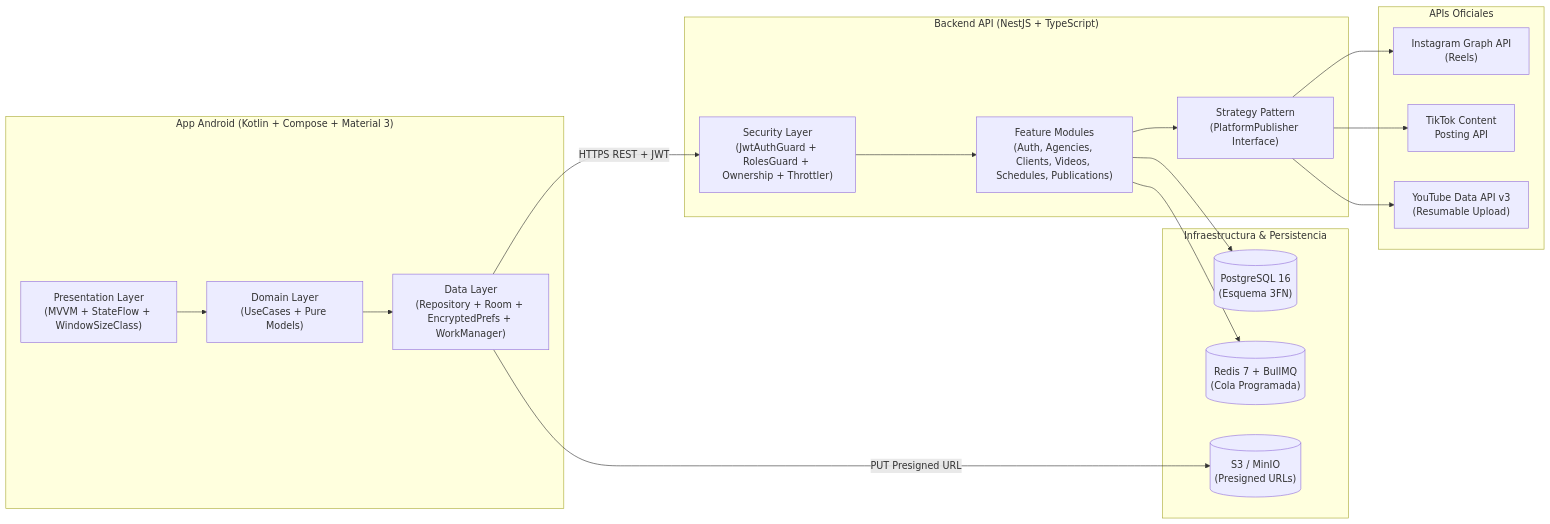
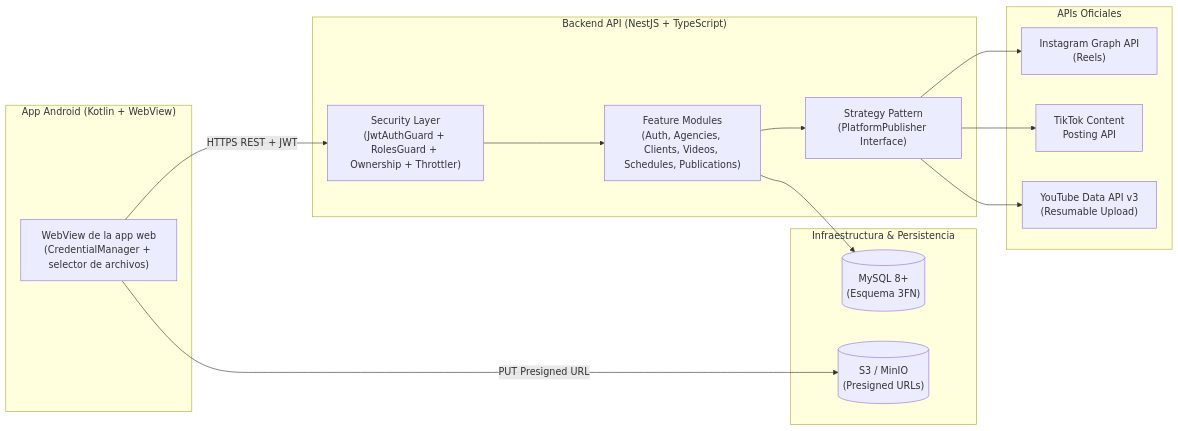
Before and after one commit to Segura-Luca/contentsync-server: the diagram in docs/architecture.md, drawn with Mermaid. The commit also changed other lines of this file and 114 other files, not shown here.

First line of the commit message:
feat: audit hardening, MySQL-only setup, S3 video storage and WebView APK

````diff
--- a/docs/architecture.md
+++ b/docs/architecture.md
@@ -7,36 +7,31 @@
 ```mermaid
 flowchart LR
-    subgraph Android["App Android (Kotlin + Compose + Material 3)"]
-        UI["Presentation Layer\n(MVVM + StateFlow + WindowSizeClass)"]
-        DOM["Domain Layer\n(UseCases + Pure Models)"]
-        DATA["Data Layer\n(Repository + Room + EncryptedPrefs + WorkManager)"]
-        UI --> DOM --> DATA
+    subgraph Android["App Android (Kotlin + WebView)"]
+        WV["WebView de la app web\n(CredentialManager + selector de archivos)"]
     end
 
     subgraph Backend["Backend API (NestJS + TypeScript)"]
         GUARD["Security Layer\n(JwtAuthGuard + RolesGuard + Ownership + Throttler)"]
         MOD["Feature Modules\n(Auth, Agencies, Clients, Videos, Schedules, Publications)"]
         STRAT["Strategy Pattern\n(PlatformPublisher Interface)"]
         GUARD --> MOD --> STRAT
     end
 
     subgraph Infra["Infraestructura & Persistencia"]
-        PG[("PostgreSQL 16\n(Esquema 3FN)")]
-        REDIS[("Redis 7 + BullMQ\n(Cola Programada)")]
+        PG[("MySQL 8+\n(Esquema 3FN)")]
         S3[("S3 / MinIO\n(Presigned URLs)")]
     end
 
     subgraph External["APIs Oficiales"]
         IG["Instagram Graph API\n(Reels)"]
         TT["TikTok Content\nPosting API"]
         YT["YouTube Data API v3\n(Resumable Upload)"]
     end
 
-    DATA -->|HTTPS REST + JWT| GUARD
-    DATA -->|PUT Presigned URL| S3
+    WV -->|HTTPS REST + JWT| GUARD
+    WV -->|PUT Presigned URL| S3
     MOD --> PG
-    MOD --> REDIS
     STRAT --> IG
     STRAT --> TT
     STRAT --> YT
 ```
````
